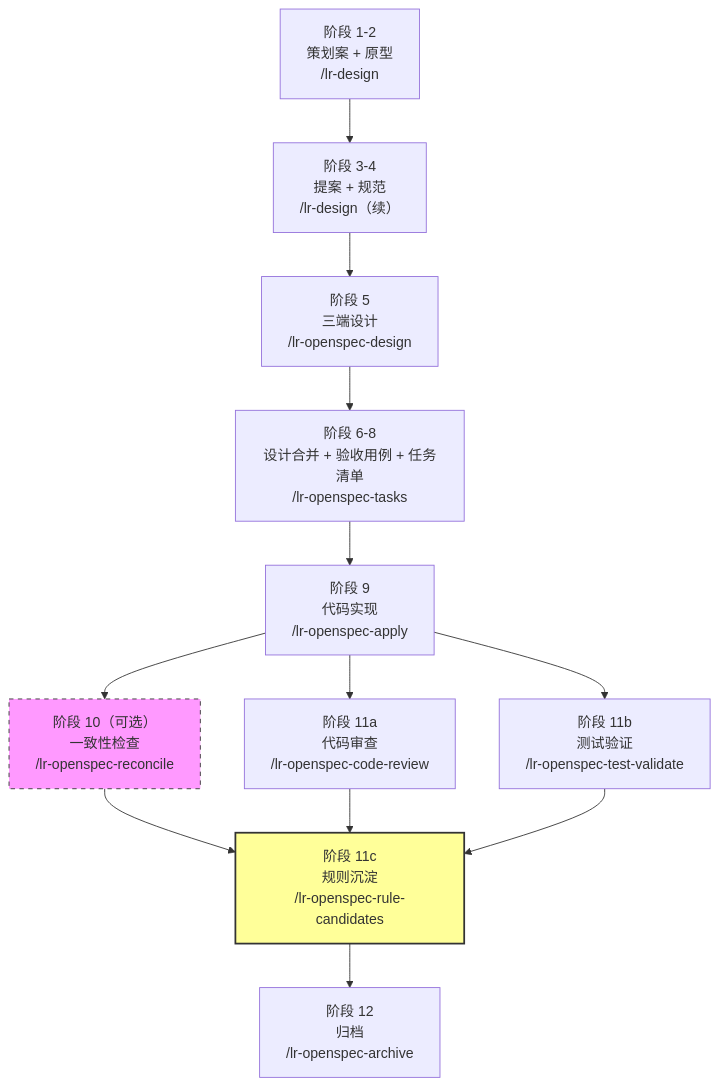
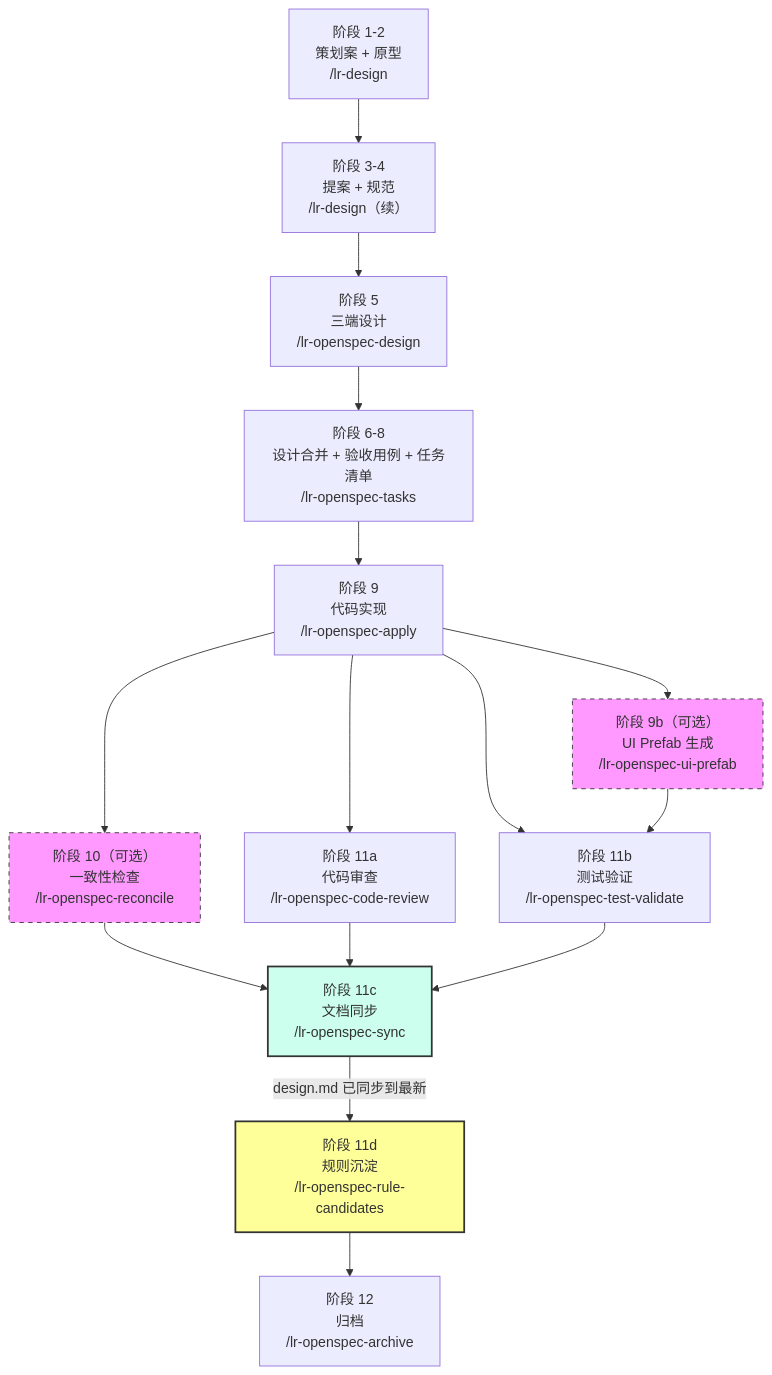
Before and after one commit to Topq/OpenSpec: the first of 2 diagrams in README.md, drawn with Mermaid. The commit also changed other lines of this file and 135 other files, not shown here.

````diff
--- a/README.md
+++ b/README.md
@@ -7,20 +17,27 @@
 ```mermaid
 graph TD
     A["阶段 1-2<br/>策划案 + 原型<br/>/lr-design"] --> B["阶段 3-4<br/>提案 + 规范<br/>/lr-design（续）"]
     B --> C["阶段 5<br/>三端设计<br/>/lr-openspec-design"]
     C --> D["阶段 6-8<br/>设计合并 + 验收用例 + 任务清单<br/>/lr-openspec-tasks"]
     D --> E["阶段 9<br/>代码实现<br/>/lr-openspec-apply"]
 
+    E --> P["阶段 9b（可选）<br/>UI Prefab 生成<br/>/lr-openspec-ui-prefab"]
+
     E --> F["阶段 10（可选）<br/>一致性检查<br/>/lr-openspec-reconcile"]
     E --> G["阶段 11a<br/>代码审查<br/>/lr-openspec-code-review"]
     E --> H["阶段 11b<br/>测试验证<br/>/lr-openspec-test-validate"]
+    P --> H
 
-    F --> I["阶段 11c<br/>规则沉淀<br/>/lr-openspec-rule-candidates"]
-    G --> I
-    H --> I
+    F --> S["阶段 11c<br/>文档同步<br/>/lr-openspec-sync"]
+    G --> S
+    H --> S
+
+    S -->|design.md 已同步到最新| I["阶段 11d<br/>规则沉淀<br/>/lr-openspec-rule-candidates"]
 
     I --> J["阶段 12<br/>归档<br/>/lr-openspec-archive"]
 
+    style P fill:#f9f,stroke:#333,stroke-dasharray: 5 5
     style F fill:#f9f,stroke:#333,stroke-dasharray: 5 5
+    style S fill:#cfe,stroke:#333,stroke-width:2px
     style I fill:#ff9,stroke:#333,stroke-width:2px
 ```
````
